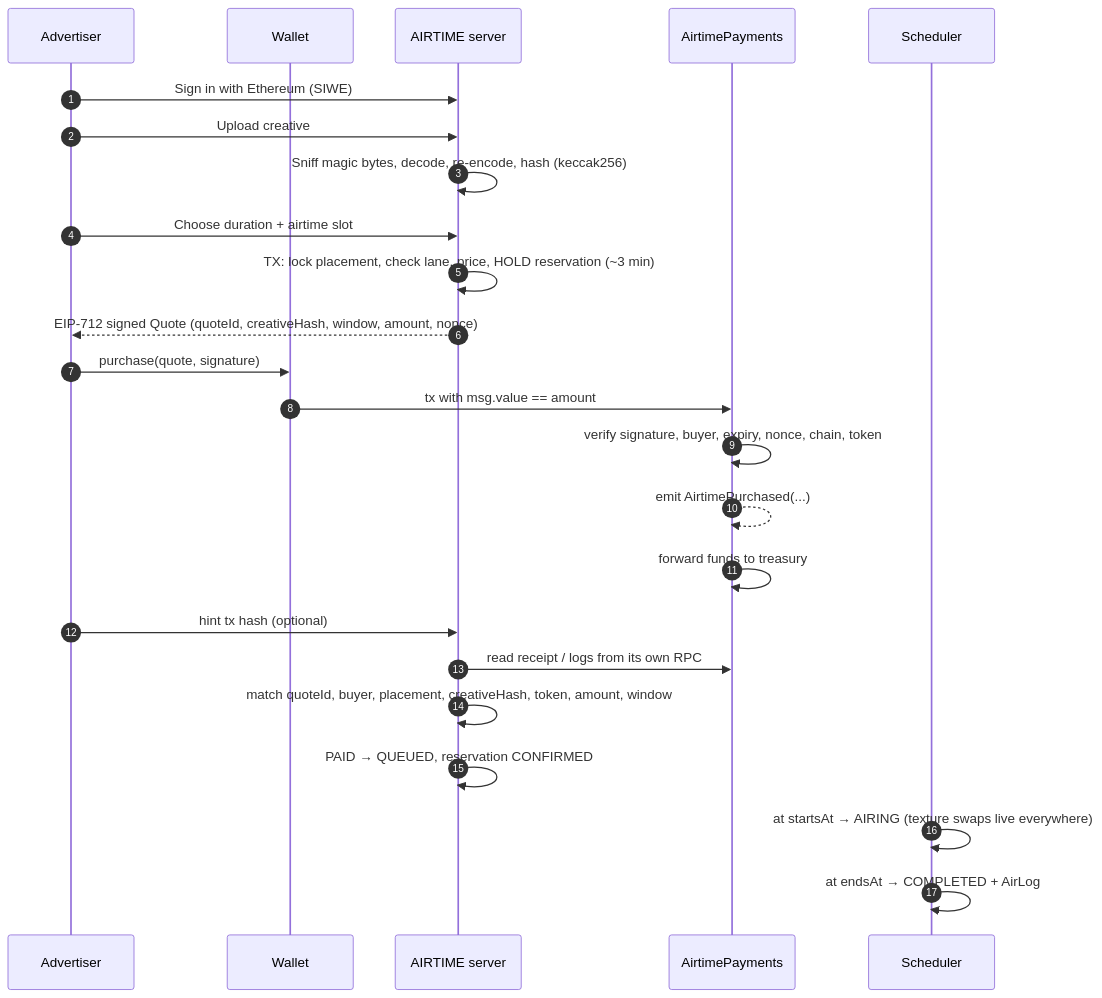
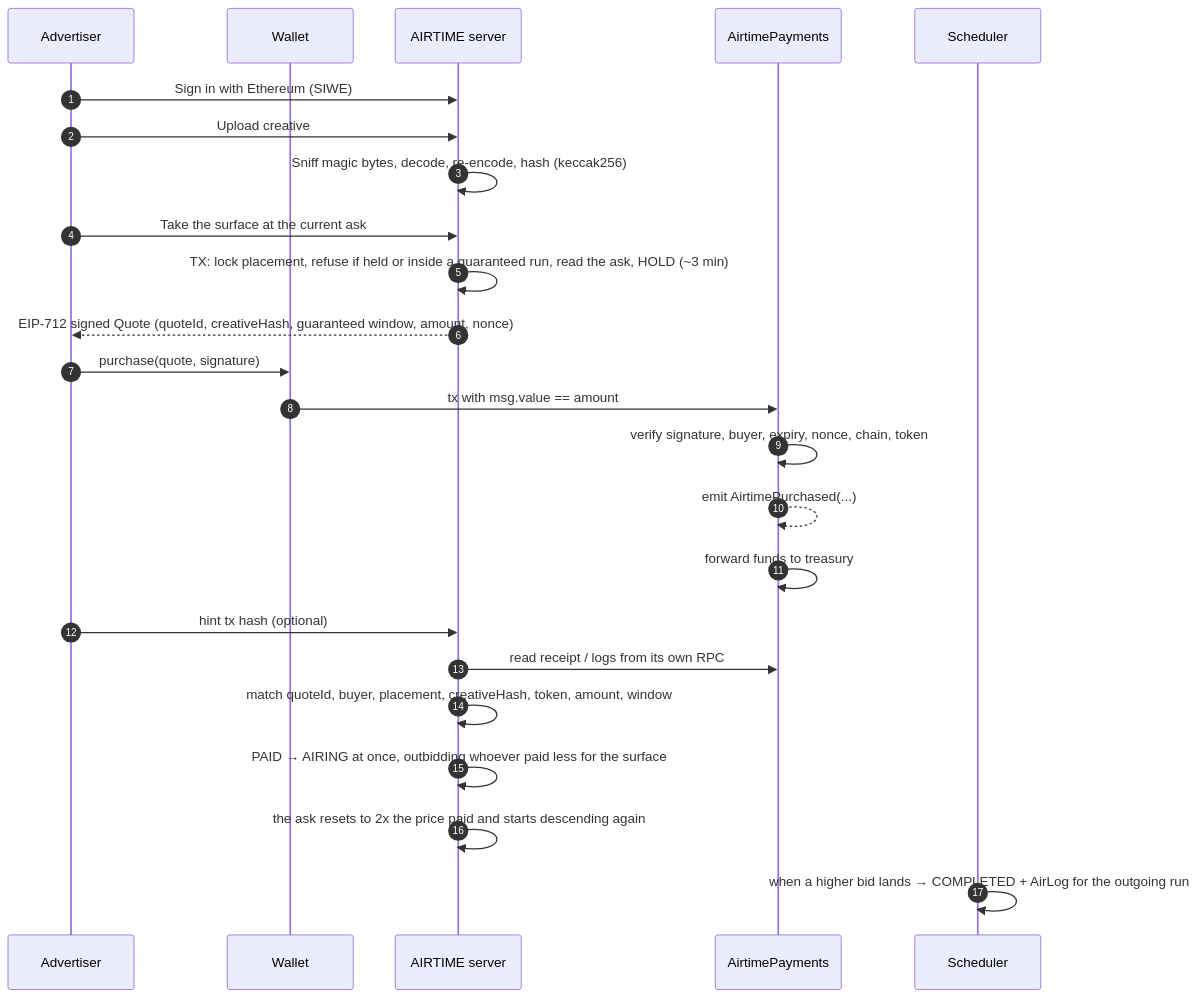
One commit to JermWang/airtime changed the second of 5 diagrams in README.md. Above: the diagram before and after it, drawn with Mermaid. The commit also changed other lines of this file and 109 other files, not shown here.

````diff
--- a/README.md
+++ b/README.md
@@ -99,27 +101,27 @@
 ```mermaid
 sequenceDiagram
     autonumber
     participant U as Advertiser
     participant W as Wallet
     participant A as AIRTIME server
     participant C as AirtimePayments
     participant S as Scheduler
 
     U->>A: Sign in with Ethereum (SIWE)
     U->>A: Upload creative
     A->>A: Sniff magic bytes, decode, re-encode, hash (keccak256)
-    U->>A: Choose duration + airtime slot
-    A->>A: TX: lock placement, check lane, price, HOLD reservation (~3 min)
-    A-->>U: EIP-712 signed Quote (quoteId, creativeHash, window, amount, nonce)
+    U->>A: Take the surface at the current ask
+    A->>A: TX: lock placement, refuse if held or inside a guaranteed run, read the ask, HOLD (~3 min)
+    A-->>U: EIP-712 signed Quote (quoteId, creativeHash, guaranteed window, amount, nonce)
     U->>W: purchase(quote, signature)
     W->>C: tx with msg.value == amount
     C->>C: verify signature, buyer, expiry, nonce, chain, token
     C-->>C: emit AirtimePurchased(...)
     C->>C: forward funds to treasury
     U->>A: hint tx hash (optional)
     A->>C: read receipt / logs from its own RPC
     A->>A: match quoteId, buyer, placement, creativeHash, token, amount, window
-    A->>A: PAID → QUEUED, reservation CONFIRMED
-    S->>S: at startsAt → AIRING (texture swaps live everywhere)
-    S->>S: at endsAt → COMPLETED + AirLog
+    A->>A: PAID → AIRING at once, outbidding whoever paid less for the surface
+    A->>A: the ask resets to 2x the price paid and starts descending again
+    S->>S: when a higher bid lands → COMPLETED + AirLog for the outgoing run
 ```
````
